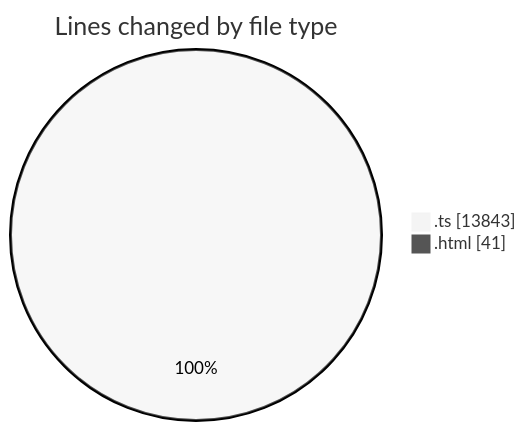
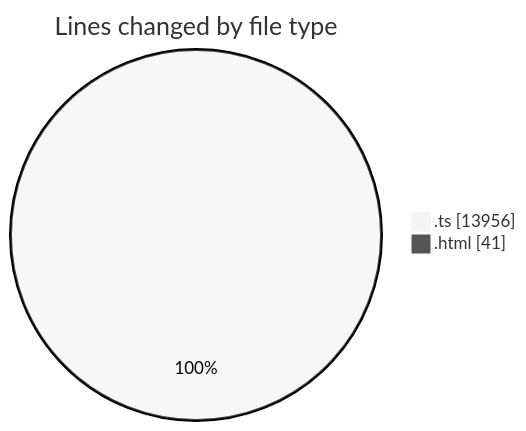
One commit to tmsrecording-cyber/code-tracking changed the first of 2 diagrams in 2026-02-08/singularitybrainai/README.md. Above: the diagram before and after it, drawn with Mermaid (neutral theme). The commit also changed other lines of this file and 1 other file, not shown here.

````diff
--- a/2026-02-08/singularitybrainai/README.md
+++ b/2026-02-08/singularitybrainai/README.md
@@ -38,6 +39,6 @@
 ```mermaid
 pie showData
 title Lines changed by file type
-".ts" : 13843
+".ts" : 13956
 ".html" : 41
 ```
````
